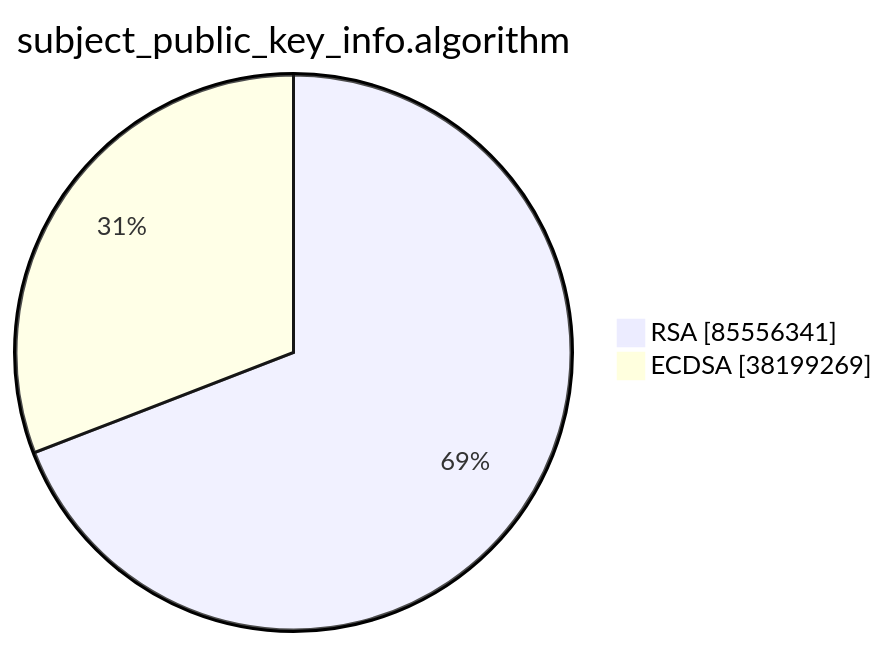
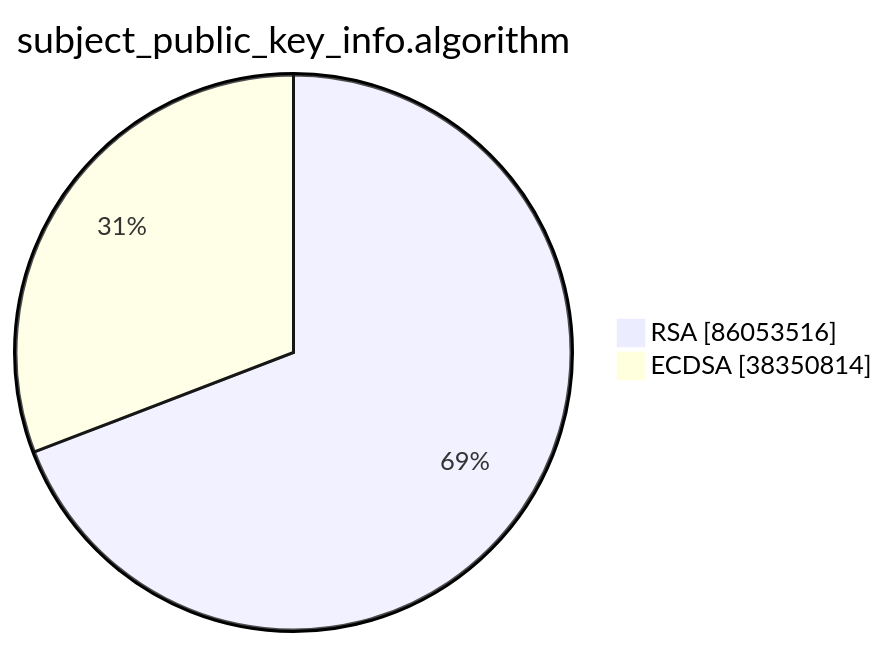
Before and after one commit to christiankrug/ctmonitor_visualization: the second of 15 diagrams in xenon2023/README.md, drawn with Mermaid. The commit also changed other lines of this file, not shown here.

````diff
--- a/xenon2023/README.md
+++ b/xenon2023/README.md
@@ -6,6 +6,6 @@
 ```mermaid
 pie showData
 title subject_public_key_info.algorithm
-"RSA" :85556341
-"ECDSA" :38199269
+"RSA" :86053516
+"ECDSA" :38350814
 ```
````
